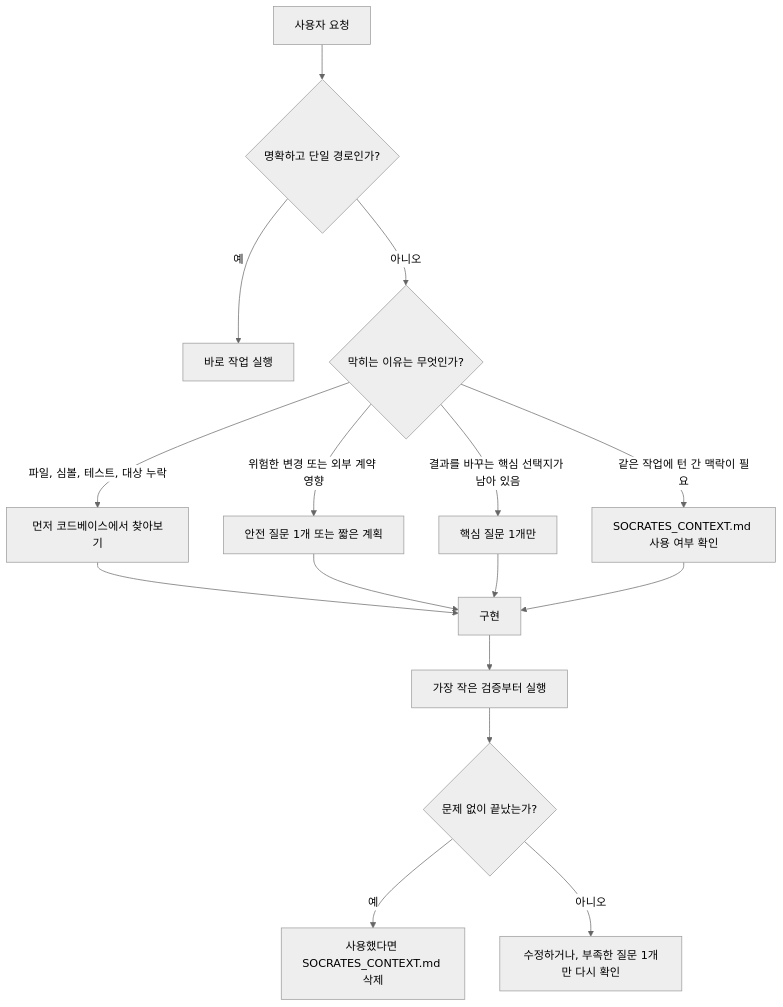
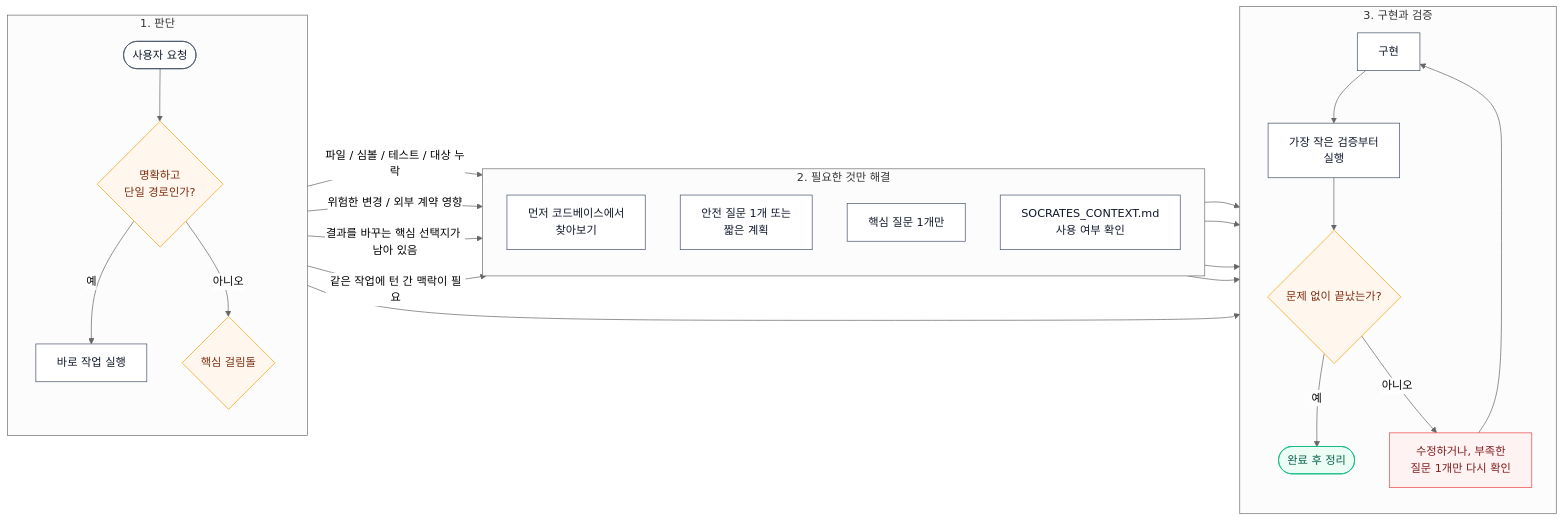
The diagram in README.ko.md (jiyeongjun/socrates-protocol), drawn with Mermaid (neutral theme) before and after one commit. The commit also changed 1 other file, not shown here.

Commit message:
Polish runtime flow diagrams

````diff
--- a/README.ko.md
+++ b/README.ko.md
@@ -39,21 +39,42 @@
 ```mermaid
-flowchart TD
-    A["사용자 요청"] --> B{"명확하고 단일 경로인가?"}
-    B -- "예" --> C["바로 작업 실행"]
-    B -- "아니오" --> D{"막히는 이유는 무엇인가?"}
+flowchart LR
+    classDef decision fill:#fff7ed,stroke:#f59e0b,color:#7c2d12;
+    classDef action fill:#ffffff,stroke:#475569,color:#0f172a;
+    classDef done fill:#ecfdf5,stroke:#10b981,color:#065f46;
+    classDef repair fill:#fef2f2,stroke:#ef4444,color:#7f1d1d;
 
-    D -- "파일, 심볼, 테스트, 대상 누락" --> E["먼저 코드베이스에서 찾아보기"]
-    D -- "위험한 변경 또는 외부 계약 영향" --> F["안전 질문 1개 또는 짧은 계획"]
-    D -- "결과를 바꾸는 핵심 선택지가 남아 있음" --> G["핵심 질문 1개만"]
-    D -- "같은 작업에 턴 간 맥락이 필요" --> H["SOCRATES_CONTEXT.md 사용 여부 확인"]
+    subgraph T["1. 판단"]
+        direction TB
+        A([사용자 요청]):::action --> B{명확하고<br/>단일 경로인가?}:::decision
+        B -- 예 --> C[바로 작업 실행]:::action
+        B -- 아니오 --> D{핵심 걸림돌}:::decision
+    end
 
-    E --> I["구현"]
+    subgraph R["2. 필요한 것만 해결"]
+        direction TB
+        E[먼저 코드베이스에서<br/>찾아보기]:::action
+        F[안전 질문 1개 또는<br/>짧은 계획]:::action
+        G[핵심 질문 1개만]:::action
+        H[SOCRATES_CONTEXT.md<br/>사용 여부 확인]:::action
+    end
+
+    subgraph X["3. 구현과 검증"]
+        direction TB
+        I[구현]:::action --> J[가장 작은 검증부터<br/>실행]:::action
+        J --> K{문제 없이 끝났는가?}:::decision
+        K -- 예 --> L([완료 후 정리]):::done
+        K -- 아니오 --> M[수정하거나, 부족한<br/>질문 1개만 다시 확인]:::repair
+    end
+
+    D -- 파일 / 심볼 / 테스트 / 대상 누락 --> E
+    D -- 위험한 변경 / 외부 계약 영향 --> F
+    D -- 결과를 바꾸는 핵심 선택지가 남아 있음 --> G
+    D -- 같은 작업에 턴 간 맥락이 필요 --> H
+
+    C --> J
+    E --> I
     F --> I
     G --> I
     H --> I
-
-    I --> J["가장 작은 검증부터 실행"]
-    J --> K{"문제 없이 끝났는가?"}
-    K -- "예" --> L["사용했다면 SOCRATES_CONTEXT.md 삭제"]
-    K -- "아니오" --> M["수정하거나, 부족한 질문 1개만 다시 확인"]
+    M --> I
 ```
````
